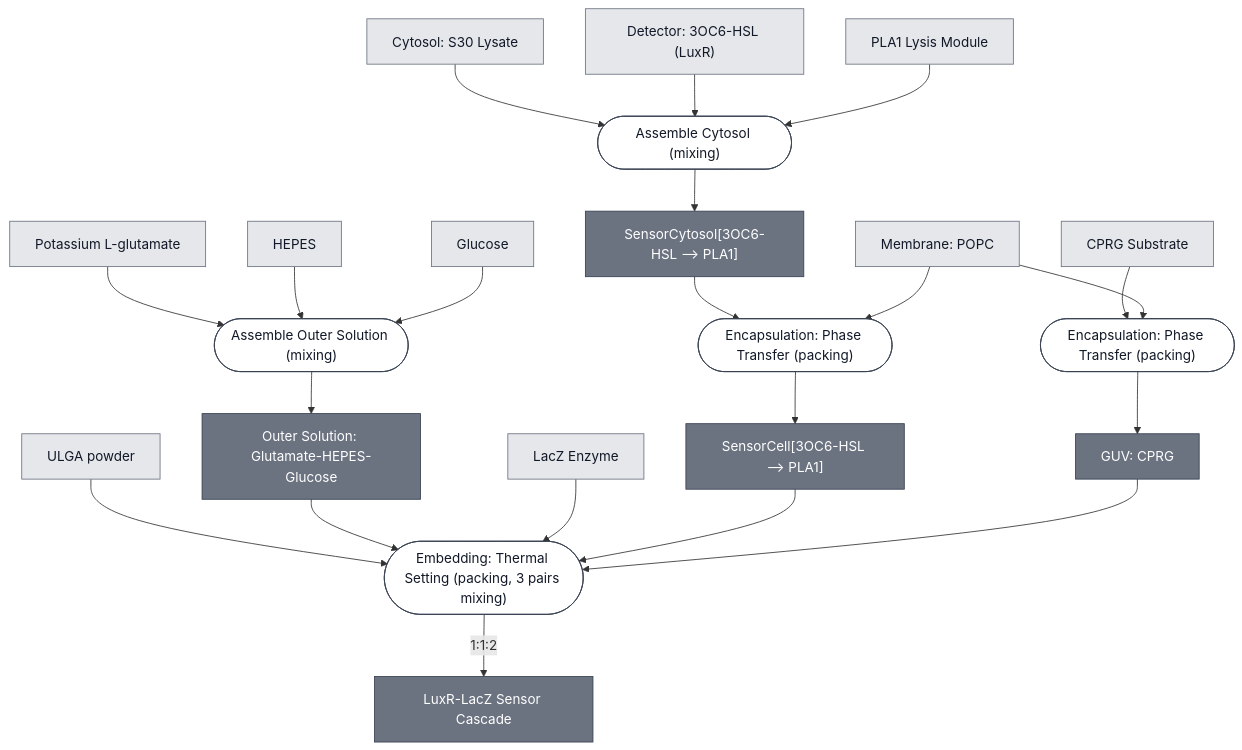
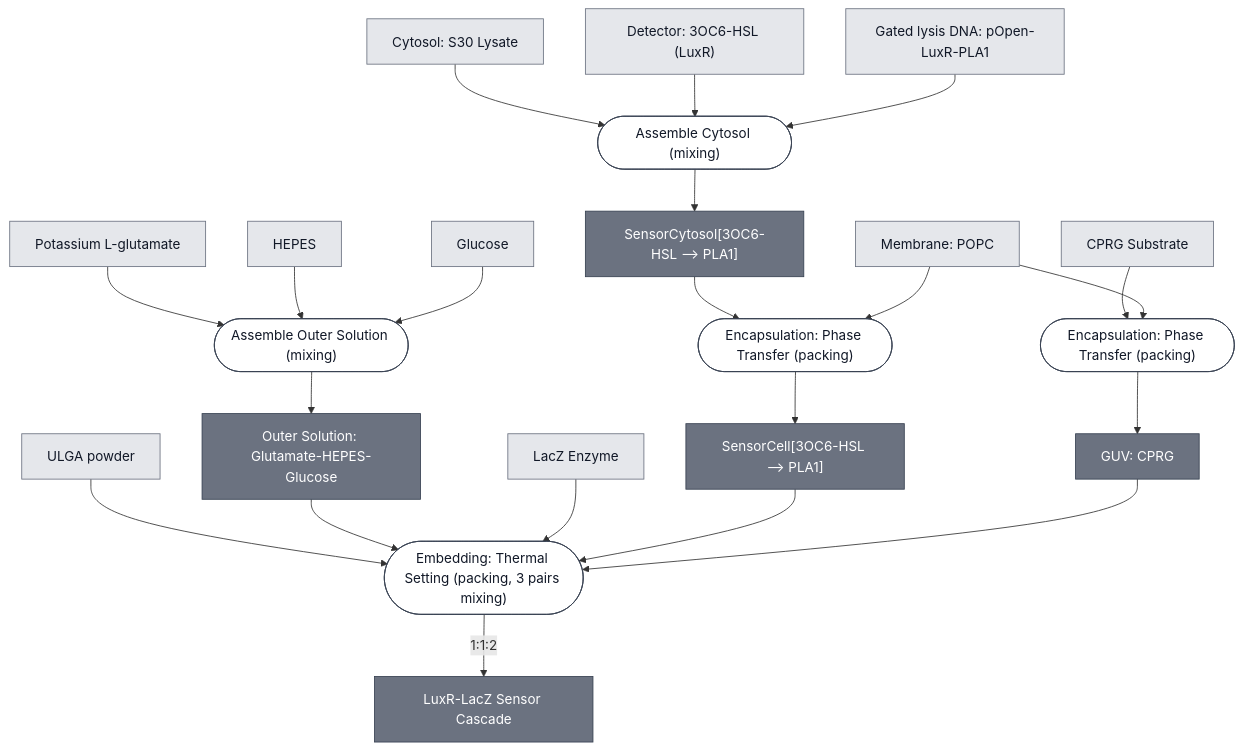
One commit to nucleus-eng/nucleus-docs changed the diagram in docs/modules/luxr-lacz-cascade/spec.md. Above: the diagram before and after it, drawn with Mermaid. The commit also changed 22 other files, not shown here.

````diff
--- a/docs/modules/luxr-lacz-cascade/spec.md
+++ b/docs/modules/luxr-lacz-cascade/spec.md
@@ -25,75 +25,74 @@
 ```mermaid
 flowchart TD
     S30_LYSATE["Cytosol: S30 Lysate"]
     DETECTOR_3OC6_HSL["Detector: 3OC6-HSL (LuxR)"]
-    EFFECTOR_PLA1["PLA1 Lysis Module"]
+    EFFECTOR_PLA1_LUXR["Gated lysis DNA: pOpen-LuxR-PLA1"]
     MEMBRANE_POPC["Membrane: POPC"]
     SUBSTRATE_CPRG["CPRG Substrate"]
     REPORTER_LACZ_ENZYME["LacZ Enzyme"]
     ULGA_POWDER["ULGA powder"]
     POTASSIUM_GLUTAMATE["Potassium L-glutamate"]
     HEPES["HEPES"]
     GLUCOSE["Glucose"]
 
     P1_ASSEMBLE_CYTOSOL_0(["Assemble Cytosol (mixing)"])
     AHSL_SENSOR_CYTOSOL["SensorCytosol[3OC6-HSL ⟶ PLA1]"]
     P2_ENCAPSULATE_SENSING_0(["Encapsulation: Phase Transfer (packing)"])
     AHSL_SENSING_CELL["SensorCell[3OC6-HSL ⟶ PLA1]"]
     P3_ENCAPSULATE_SUBSTRATE_0(["Encapsulation: Phase Transfer (packing)"])
     GUV_CPRG["GUV: CPRG"]
     P4_ASSEMBLE_OUTER_SOLUTION_0(["Assemble Outer Solution (mixing)"])
     OUTER_SOLUTION_GLUTAMATE["Outer Solution: Glutamate-HEPES-Glucose"]
     P5_EMBED_ULGA_0(["Embedding: Thermal Setting (packing, 3 pairs mixing)"])
     LUXR_LACZ_CASCADE["LuxR-LacZ Sensor Cascade"]
 
     S30_LYSATE --> P1_ASSEMBLE_CYTOSOL_0
     DETECTOR_3OC6_HSL --> P1_ASSEMBLE_CYTOSOL_0
-    EFFECTOR_PLA1 --> P1_ASSEMBLE_CYTOSOL_0
+    EFFECTOR_PLA1_LUXR --> P1_ASSEMBLE_CYTOSOL_0
     P1_ASSEMBLE_CYTOSOL_0 --> AHSL_SENSOR_CYTOSOL
 
     AHSL_SENSOR_CYTOSOL --> P2_ENCAPSULATE_SENSING_0
     MEMBRANE_POPC --> P2_ENCAPSULATE_SENSING_0
     P2_ENCAPSULATE_SENSING_0 --> AHSL_SENSING_CELL
 
     SUBSTRATE_CPRG --> P3_ENCAPSULATE_SUBSTRATE_0
     MEMBRANE_POPC --> P3_ENCAPSULATE_SUBSTRATE_0
     P3_ENCAPSULATE_SUBSTRATE_0 --> GUV_CPRG
 
     POTASSIUM_GLUTAMATE --> P4_ASSEMBLE_OUTER_SOLUTION_0
     HEPES --> P4_ASSEMBLE_OUTER_SOLUTION_0
     GLUCOSE --> P4_ASSEMBLE_OUTER_SOLUTION_0
     P4_ASSEMBLE_OUTER_SOLUTION_0 --> OUTER_SOLUTION_GLUTAMATE
 
     ULGA_POWDER --> P5_EMBED_ULGA_0
     OUTER_SOLUTION_GLUTAMATE --> P5_EMBED_ULGA_0
     REPORTER_LACZ_ENZYME --> P5_EMBED_ULGA_0
     AHSL_SENSING_CELL --> P5_EMBED_ULGA_0
     GUV_CPRG --> P5_EMBED_ULGA_0
     P5_EMBED_ULGA_0 -->|"1:1:2"| LUXR_LACZ_CASCADE
 
 
     classDef leaf     fill:#e5e7eb,stroke:#6b7280,color:#111827;
     classDef composed fill:#6b7280,stroke:#374151,color:#ffffff;
     classDef process  fill:#ffffff,stroke:#374151,color:#111827;
-    class S30_LYSATE,DETECTOR_3OC6_HSL,EFFECTOR_PLA1,MEMBRANE_POPC,SUBSTRATE_CPRG,REPORTER_LACZ_ENZYME,ULGA_POWDER,POTASSIUM_GLUTAMATE,HEPES,GLUCOSE leaf;
+    class S30_LYSATE,DETECTOR_3OC6_HSL,EFFECTOR_PLA1_LUXR,MEMBRANE_POPC,SUBSTRATE_CPRG,REPORTER_LACZ_ENZYME,ULGA_POWDER,POTASSIUM_GLUTAMATE,HEPES,GLUCOSE leaf;
     class AHSL_SENSOR_CYTOSOL,AHSL_SENSING_CELL,GUV_CPRG,OUTER_SOLUTION_GLUTAMATE,LUXR_LACZ_CASCADE composed;
     class P1_ASSEMBLE_CYTOSOL_0,P2_ENCAPSULATE_SENSING_0,P3_ENCAPSULATE_SUBSTRATE_0,P4_ASSEMBLE_OUTER_SOLUTION_0,P5_EMBED_ULGA_0 process;
 
     click S30_LYSATE "/docs/modules/s30-lysate/spec"
     click DETECTOR_3OC6_HSL "/docs/modules/detector-3oc6-hsl/spec"
-    click EFFECTOR_PLA1 "/docs/modules/effector-pla1/spec"
     click MEMBRANE_POPC "/docs/modules/membrane-popc/spec"
     click SUBSTRATE_CPRG "/docs/modules/substrate-cprg/spec"
     click REPORTER_LACZ_ENZYME "/docs/modules/reporter-lacz-enzyme/spec"
     click ULGA_POWDER "/docs/modules/gel-ulga/spec"
     click P1_ASSEMBLE_CYTOSOL_0 "/docs/processes/assemble-cytosol/assemble-cytosol-main"
     click AHSL_SENSOR_CYTOSOL "/docs/modules/ahsl-sensor-cytosol/spec"
     click P2_ENCAPSULATE_SENSING_0 "/docs/processes/assemble-base-cell/main"
     click AHSL_SENSING_CELL "/docs/modules/ahsl-sensing-cell/spec"
     click P3_ENCAPSULATE_SUBSTRATE_0 "/docs/processes/assemble-base-cell/main"
     click GUV_CPRG "/docs/modules/guv-cprg/spec"
     click P4_ASSEMBLE_OUTER_SOLUTION_0 "/docs/processes/assemble-outer-solution/main"
     click OUTER_SOLUTION_GLUTAMATE "/docs/modules/outer-solution-glutamate/spec"
     click P5_EMBED_ULGA_0 "/docs/processes/embed-thermal-setting/main"
     click LUXR_LACZ_CASCADE "/docs/modules/luxr-lacz-cascade/spec"
 ```
````
